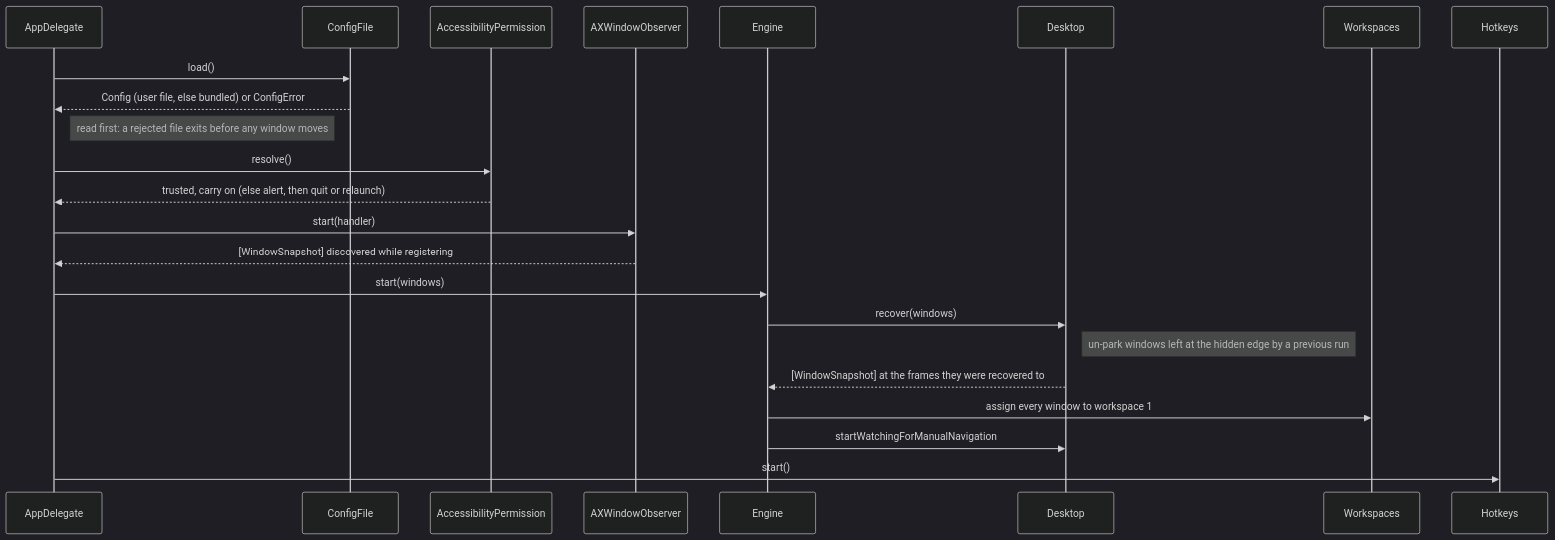
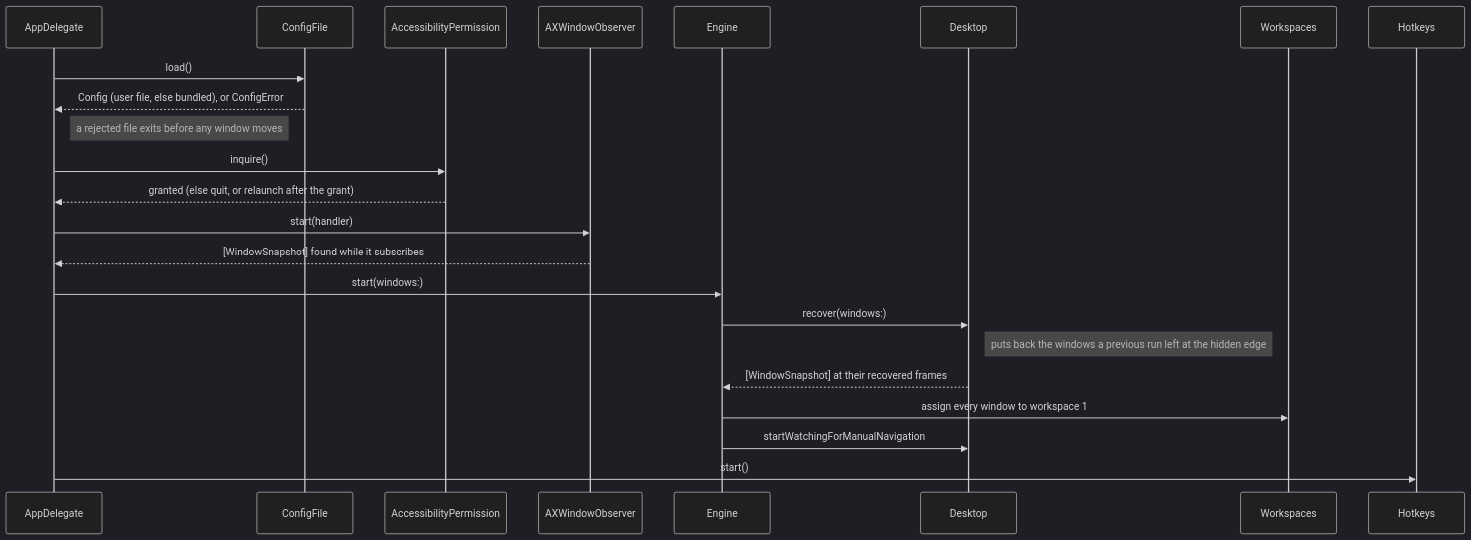
The second of 4 diagrams in ARCHITECTURE.md (brennovich/ottowm), drawn with Mermaid (dark theme) before and after one commit. The commit also changed other lines of this file, not shown here.

Commit message:
Revise ARCHITECTURE.md

````diff
--- a/ARCHITECTURE.md
+++ b/ARCHITECTURE.md
@@ -78,17 +96,17 @@
 ```mermaid
 sequenceDiagram
     AppDelegate->>ConfigFile: load()
-    ConfigFile-->>AppDelegate: Config (user file, else bundled) or ConfigError
-    Note right of AppDelegate: read first: a rejected file exits before any window moves
-    AppDelegate->>AccessibilityPermission: resolve()
-    AccessibilityPermission-->>AppDelegate: trusted, carry on (else alert, then quit or relaunch)
+    ConfigFile-->>AppDelegate: Config (user file, else bundled), or ConfigError
+    Note right of AppDelegate: a rejected file exits before any window moves
+    AppDelegate->>AccessibilityPermission: inquire()
+    AccessibilityPermission-->>AppDelegate: granted (else quit, or relaunch after the grant)
     AppDelegate->>AXWindowObserver: start(handler)
-    AXWindowObserver-->>AppDelegate: [WindowSnapshot] discovered while registering
-    AppDelegate->>Engine: start(windows)
-    Engine->>Desktop: recover(windows)
-    Note right of Desktop: un-park windows left at the hidden edge by a previous run
-    Desktop-->>Engine: [WindowSnapshot] at the frames they were recovered to
+    AXWindowObserver-->>AppDelegate: [WindowSnapshot] found while it subscribes
+    AppDelegate->>Engine: start(windows:)
+    Engine->>Desktop: recover(windows:)
+    Note right of Desktop: puts back the windows a previous run left at the hidden edge
+    Desktop-->>Engine: [WindowSnapshot] at their recovered frames
     Engine->>Workspaces: assign every window to workspace 1
     Engine->>Desktop: startWatchingForManualNavigation
     AppDelegate->>Hotkeys: start()
 ```
````
